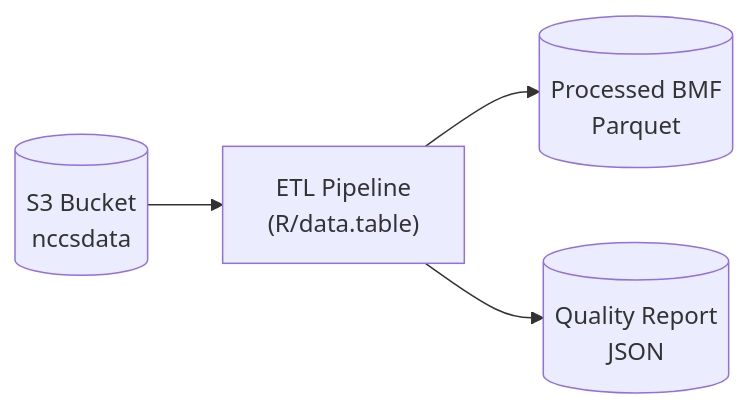
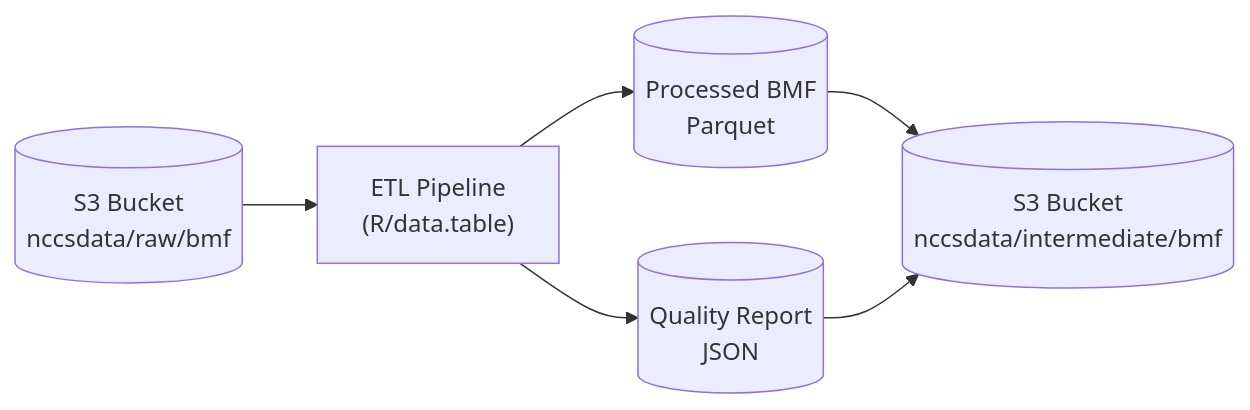
One commit to UrbanInstitute/nccs-data-bmf changed the diagram in docs/index.qmd. Above: the diagram before and after it, drawn with Mermaid. The commit also changed 12 other files, not shown here.

````diff
--- a/docs/index.qmd
+++ b/docs/index.qmd
@@ -13,6 +13,8 @@
 ```{mermaid}
 flowchart LR
-    A[("S3 Bucket<br/>nccsdata")] --> B["ETL Pipeline<br/>(R/data.table)"]
+    A[("S3 Bucket<br/>nccsdata/raw/bmf")] --> B["ETL Pipeline<br/>(R/data.table)"]
     B --> C[("Processed BMF<br/>Parquet")]
     B --> D[("Quality Report<br/>JSON")]
+    C --> E[("S3 Bucket<br/>nccsdata/intermediate/bmf")]
+    D --> E
 ```
````
